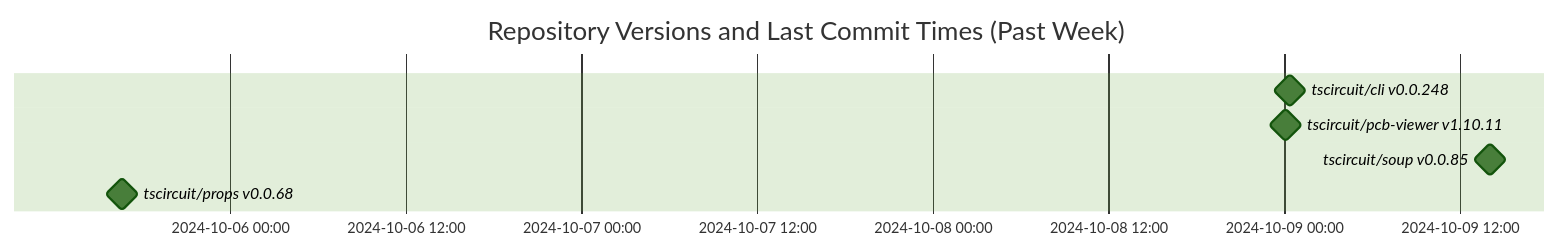
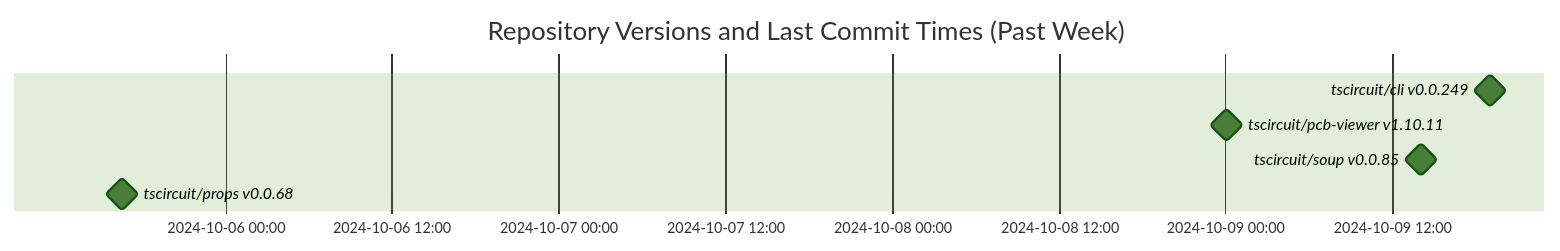
The diagram in README.md (tscircuit/version-tracker), drawn with Mermaid (forest theme) before and after one commit.

Commit message:
Update chart

````diff
--- a/README.md
+++ b/README.md
@@ -1,11 +1,11 @@
 ```mermaid
 gantt
   dateFormat  YYYY-MM-DD HH:mm:ss
   title Repository Versions and Last Commit Times (Past Week)
   axisFormat %Y-%m-%d %H:%M
 
-  tscircuit/cli v0.0.248 : milestone, 2024-10-09 00:20:18, 1s
+  tscircuit/cli v0.0.249 : milestone, 2024-10-09 19:01:34, 1s
   tscircuit/pcb-viewer v1.10.11 : milestone, 2024-10-09 00:04:47, 1s
   tscircuit/soup v0.0.85 : milestone, 2024-10-09 14:03:06, 1s
   tscircuit/props v0.0.68 : milestone, 2024-10-05 16:34:46, 1s
 ```
````
